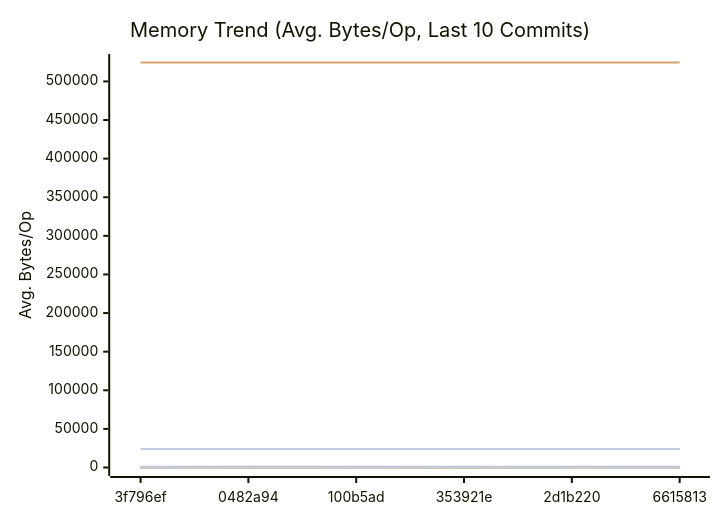
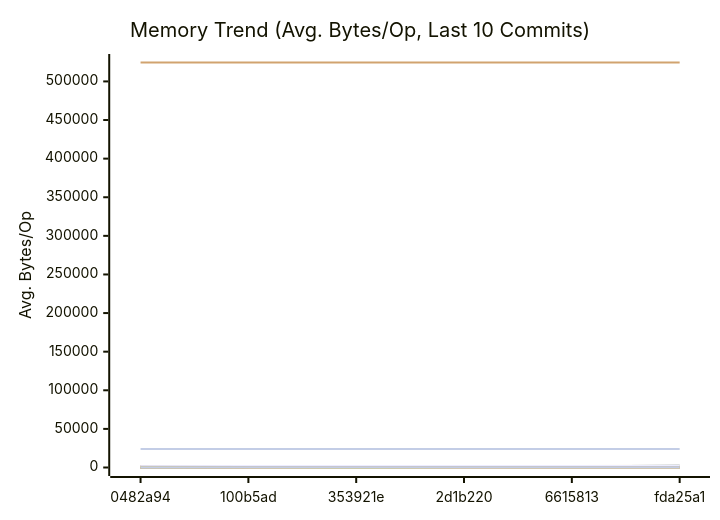
One commit to alsotoes/momo changed the second of 3 diagrams in docs/PERFORMANCE.md. Above: the diagram before and after it, drawn with Mermaid. The commit also changed other lines of this file and 2 other files, not shown here.

````diff
--- a/docs/PERFORMANCE.md
+++ b/docs/PERFORMANCE.md
@@ -309,44 +308,44 @@
 ```mermaid
 xychart-beta
     title "Memory Trend (Avg. Bytes/Op, Last 10 Commits)"
     x-axis "Commit"
     y-axis "Avg. Bytes/Op"
-    x-axis [3f796ef,0482a94,100b5ad,353921e,2d1b220,6615813]
-    line "AWSChunkedReaderSigned" [131,74,125,105,96,107,130,133,92,114]
-    line "AWSChunkedReaderUnsigned" [135,74,112,108,97,108,145,120,96,115]
+    x-axis [0482a94,100b5ad,353921e,2d1b220,6615813,fda25a1]
+    line "AWSChunkedReaderSigned" [74,125,105,96,107,130,133,92,114,90]
+    line "AWSChunkedReaderUnsigned" [74,112,108,97,108,145,120,96,115,92]
     line "CheckMetricsAndSwap" [0,0,0,0,0,0,0,0,0,0]
     line "CrushOptimized" [0,0,0,0,0,0,0,0,0,0]
     line "CrushOriginal" [164,164,164,164,164,164,164,164,164,164]
-    line "FormatListObjectsV2XML_AppendFormat" [524454,524505,524477,524470,524490,524474,524448,524456,524497,524459]
+    line "FormatListObjectsV2XML_AppendFormat" [524505,524477,524470,524490,524474,524448,524456,524497,524459,524497]
     line "FormatListObjectsV2XML_OldFormat" [24000,24000,24000,24000,24000,24000,24000,24000,24000,24000]
-    line "HashBytes/1MiB" [303,180,267,275,210,232,295,219,262,228]
-    line "HashBytes/256MiB" [275,156,201,247,231,248,336,241,209,197]
-    line "HashBytes/64MiB" [306,169,238,228,265,264,298,224,218,199]
-    line "HashFile/1MiB" [261,152,222,241,209,217,265,268,193,211]
-    line "HashFile/256MiB" [277,161,242,258,191,237,254,213,186,204]
-    line "HashFile/64MiB" [250,155,239,200,192,237,307,208,189,169]
+    line "HashBytes/1MiB" [180,267,275,210,232,295,219,262,228,187]
+    line "HashBytes/256MiB" [156,201,247,231,248,336,241,209,197,179]
+    line "HashBytes/64MiB" [169,238,228,265,264,298,224,218,199,187]
+    line "HashFile/1MiB" [152,222,241,209,217,265,268,193,211,183]
+    line "HashFile/256MiB" [161,242,258,191,237,254,213,186,204,182]
+    line "HashFile/64MiB" [155,239,200,192,237,307,208,189,169,196]
     line "IndexDirectTracking" [0,0,0,0,0,0,0,0,0,0]
     line "IndexSearch" [0,0,0,0,0,0,0,0,0,0]
     line "LastModifiedHeader_AppendFormat" [0,0,0,0,0,0,0,0,0,0]
-    line "LastModifiedHeader_Format" [0,0,0,0,0,0,0,0,0,32]
+    line "LastModifiedHeader_Format" [0,0,0,0,0,0,0,0,32,32]
     line "LoadGlobalConfig" [1976,1976,1976,1976,1976,1976,1976,1976,1976,1976]
-    line "LocalWrite/1MiB" [1034,1217,1691,1967,1729,1822,2210,2188,1670,2035]
-    line "LocalWrite/256MiB" [2222,1422,1646,1959,1986,2025,2273,2129,1901,2016]
-    line "LocalWrite/64MiB" [2232,1512,1973,2038,2017,2019,2009,2055,1696,1940]
+    line "LocalWrite/1MiB" [1217,1691,1967,1729,1822,2210,2188,1670,2035,1605]
+    line "LocalWrite/256MiB" [1422,1646,1959,1986,2025,2273,2129,1901,2016,1569]
+    line "LocalWrite/64MiB" [1512,1973,2038,2017,2019,2009,2055,1696,1940,1626]
     line "PadString" [64,64,64,64,64,64,64,64,64,64]
     line "ParseReplicationOrder_NoPrealloc" [408,408,408,408,408,248,248,248,248,248]
     line "ParseReplicationOrder_Prealloc" [240,240,240,240,240,80,80,80,80,80]
     line "Placement" [352,352,352,352,352,352,352,352,352,352]
     line "PlacementDomainSpread" [352,352,352,352,352,352,352,352,352,352]
-    line "ReadVerify/1MiB" [342,157,178,241,216,218,270,281,180,264]
-    line "ReadVerify/256MiB" [291,160,208,176,222,249,254,263,189,215]
-    line "ReadVerify/64MiB" [283,141,182,186,222,318,274,236,196,211]
-    line "S3PutSpool/1MiB" [205,129,181,259,187,211,176,177,159,188]
-    line "S3PutSpool/256MiB" [260,133,173,246,154,231,193,232,187,250]
-    line "S3PutSpool/64MiB" [263,133,178,228,171,236,182,189,172,246]
+    line "ReadVerify/1MiB" [157,178,241,216,218,270,281,180,264,197]
+    line "ReadVerify/256MiB" [160,208,176,222,249,254,263,189,215,198]
+    line "ReadVerify/64MiB" [141,182,186,222,318,274,236,196,211,199]
+    line "S3PutSpool/1MiB" [129,181,259,187,211,176,177,159,188,171]
+    line "S3PutSpool/256MiB" [133,173,246,154,231,193,232,187,250,173]
+    line "S3PutSpool/64MiB" [133,178,228,171,236,182,189,172,246,185]
     line "SanitizeLog/Safe" [0,0,0,0,0,0,0,0,0,0]
     line "SanitizeLog/Unsafe" [704,704,704,704,704,704,704,704,704,704]
-    line "TrustedRead/1MiB" [291,135,243,157,183,238,219,242,197,199]
-    line "TrustedRead/256MiB" [231,134,212,170,199,249,188,196,208,241]
-    line "TrustedRead/64MiB" [233,144,186,164,192,222,185,257,219,231]
+    line "TrustedRead/1MiB" [135,243,157,183,238,219,242,197,199,189]
+    line "TrustedRead/256MiB" [134,212,170,199,249,188,196,208,241,183]
+    line "TrustedRead/64MiB" [144,186,164,192,222,185,257,219,231,178]
 ```
````
